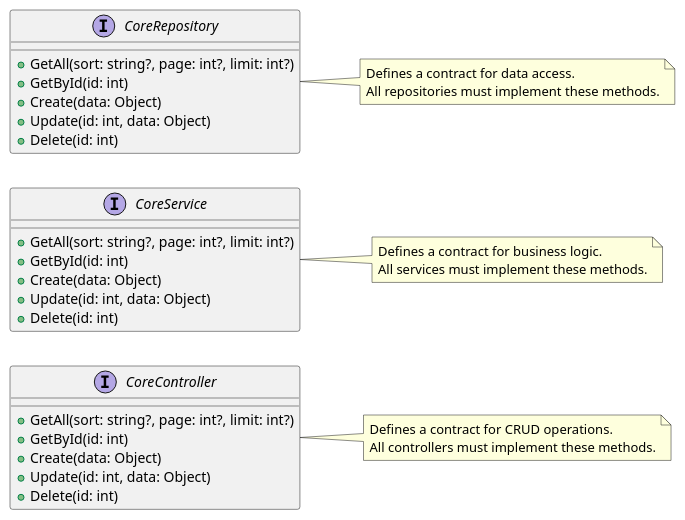
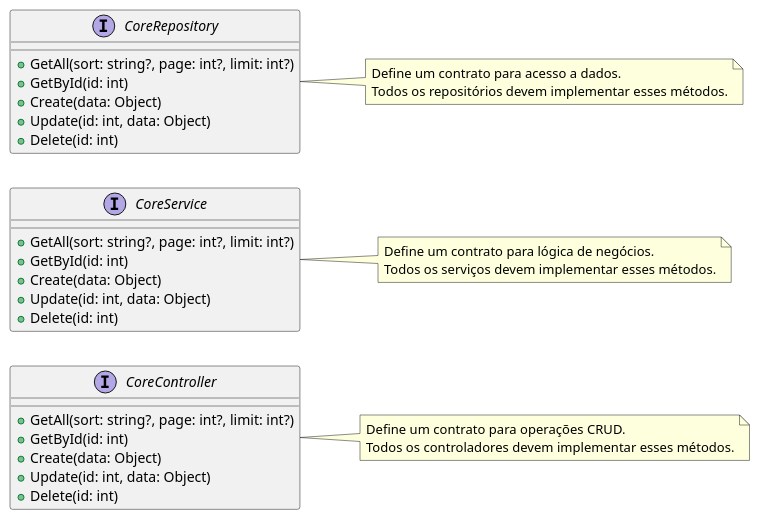
The diagram in docs/diagrams/APIServer/CoreInterfaces.puml (bruflor/comercio-vizinho), drawn with PlantUML before and after one commit. The commit also changed 3 other files, not shown here.

```diff
--- a/docs/diagrams/APIServer/CoreInterfaces.puml
+++ b/docs/diagrams/APIServer/CoreInterfaces.puml
@@ -1,43 +1,43 @@
 @startuml
 left to right direction
 
 interface CoreController {
     + GetAll(sort: string?, page: int?, limit: int?)
     + GetById(id: int)
     + Create(data: Object)
     + Update(id: int, data: Object)
     + Delete(id: int)
 }
 
 interface CoreService {
     + GetAll(sort: string?, page: int?, limit: int?)
     + GetById(id: int)
     + Create(data: Object)
     + Update(id: int, data: Object)
     + Delete(id: int)
 }
 
 interface CoreRepository {
     + GetAll(sort: string?, page: int?, limit: int?)
     + GetById(id: int)
     + Create(data: Object)
     + Update(id: int, data: Object)
     + Delete(id: int)
 }
 
 note right of CoreController
-  Defines a contract for CRUD operations.
-  All controllers must implement these methods.
+    Define um contrato para operações CRUD.
+    Todos os controladores devem implementar esses métodos.
 end note
 
 note right of CoreService
-  Defines a contract for business logic.
-  All services must implement these methods.
+    Define um contrato para lógica de negócios.
+    Todos os serviços devem implementar esses métodos.
 end note
 
 note right of CoreRepository
-  Defines a contract for data access.
-  All repositories must implement these methods.
+    Define um contrato para acesso a dados.
+    Todos os repositórios devem implementar esses métodos.
 end note
 
 @enduml
```
